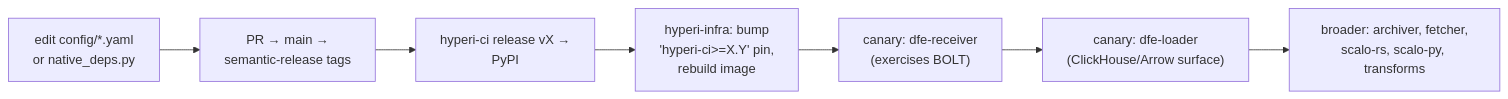
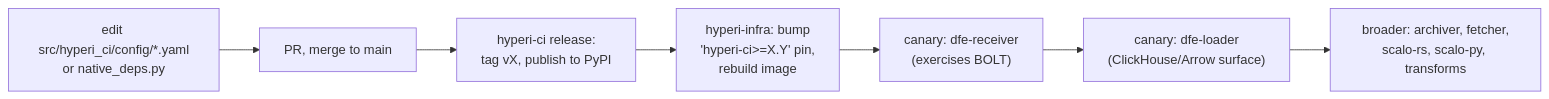
The diagram in docs/runtime/arc-operations.md (hyperi-io/hyperi-ci), drawn with Mermaid before and after one commit. The commit also changed other lines of this file, not shown here.

Commit message:
docs: fix the release step in arc-operations rollout

````diff
--- a/docs/runtime/arc-operations.md
+++ b/docs/runtime/arc-operations.md
@@ -95,9 +95,9 @@
 ```mermaid
 flowchart LR
-    E["edit config/*.yaml<br/>or native_deps.py"] --> PR["PR → main →<br/>semantic-release tags"]
-    PR --> PUB["hyperi-ci release vX →<br/>PyPI"]
+    E["edit src/hyperi_ci/config/*.yaml<br/>or native_deps.py"] --> PR["PR, merge to main"]
+    PR --> PUB["hyperi-ci release:<br/>tag vX, publish to PyPI"]
     PUB --> BUMP["hyperi-infra: bump<br/>'hyperi-ci>=X.Y' pin,<br/>rebuild image"]
     BUMP --> C1["canary: dfe-receiver<br/>(exercises BOLT)"]
     C1 --> C2["canary: dfe-loader<br/>(ClickHouse/Arrow surface)"]
     C2 --> ALL["broader: archiver, fetcher,<br/>scalo-rs, scalo-py, transforms"]
 ```
````
